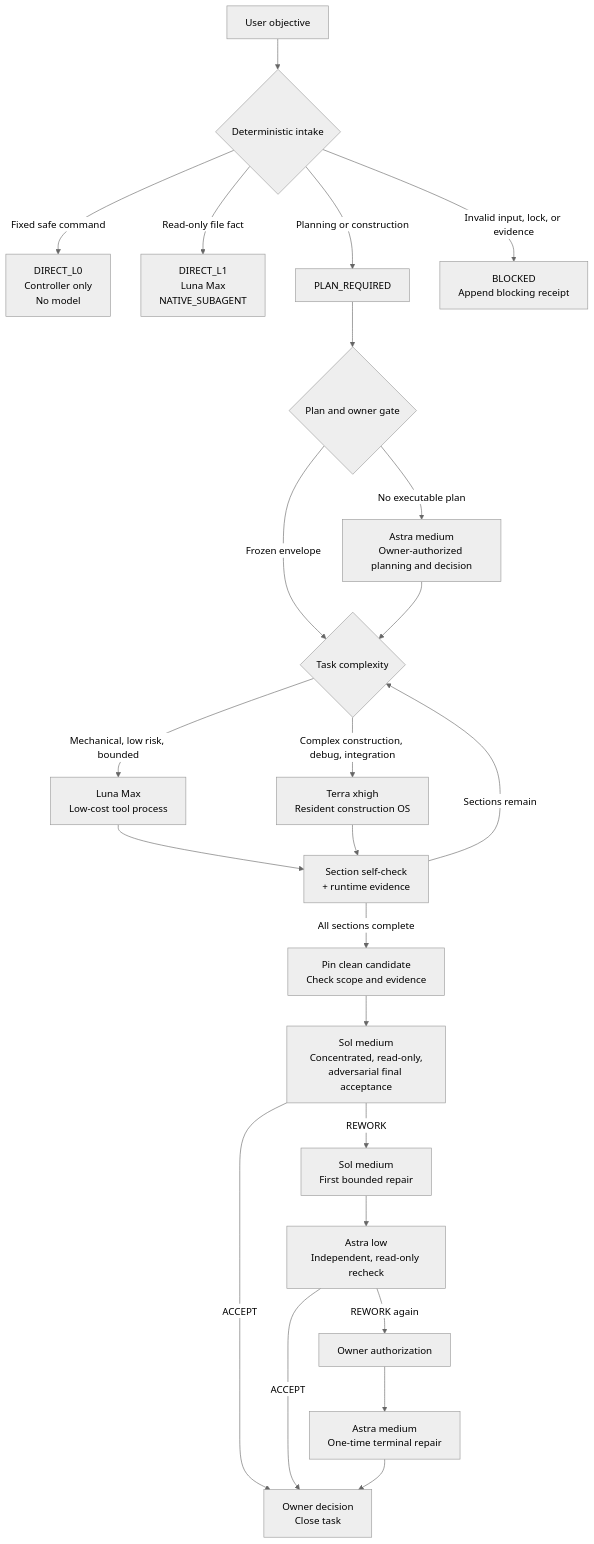
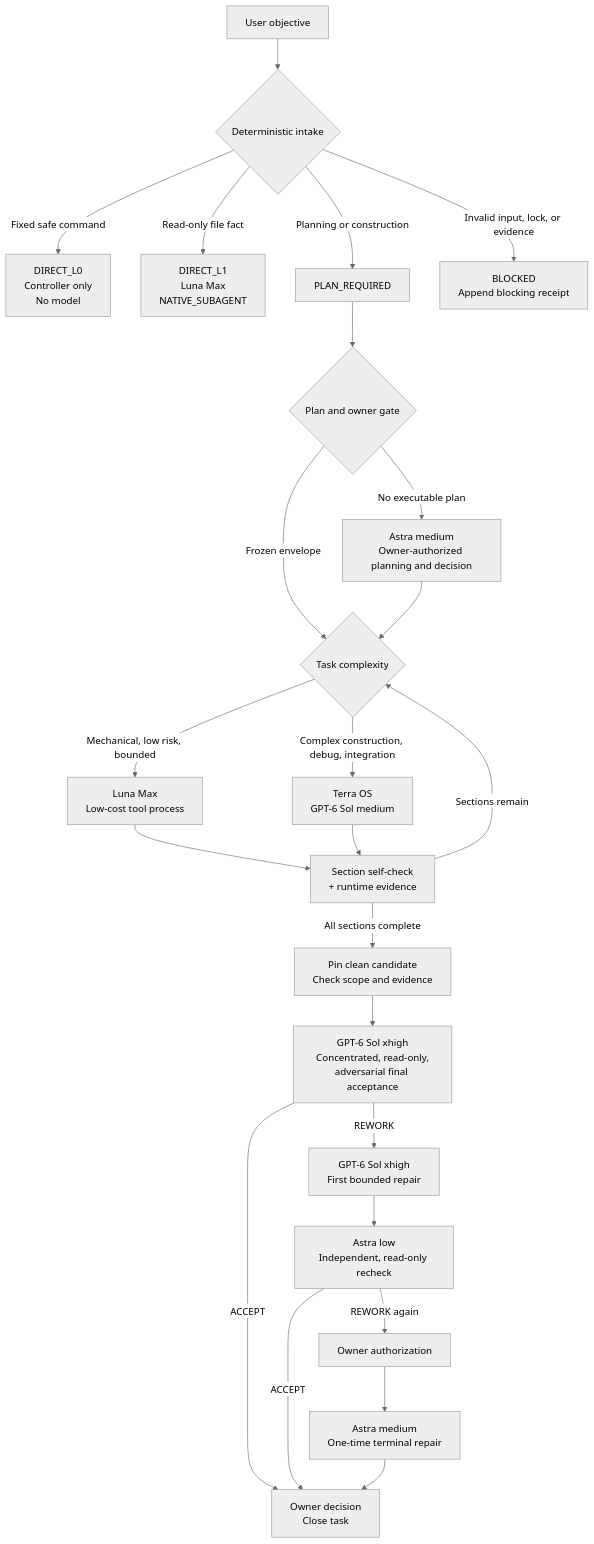
Before and after one commit to New2taste/codex-team: the diagram in README.en.md, drawn with Mermaid (neutral theme). The commit also changed other lines of this file and 39 other files, not shown here.

````diff
--- a/README.en.md
+++ b/README.en.md
@@ -42,27 +44,27 @@
 ```mermaid
 flowchart TD
     A[User objective] --> B{Deterministic intake}
     B -->|Fixed safe command| C[DIRECT_L0<br/>Controller only<br/>No model]
     B -->|Read-only file fact| D[DIRECT_L1<br/>Luna Max<br/>NATIVE_SUBAGENT]
     B -->|Planning or construction| E[PLAN_REQUIRED]
     B -->|Invalid input, lock, or evidence| X[BLOCKED<br/>Append blocking receipt]
 
     E --> F{Plan and owner gate}
     F -->|No executable plan| G[Astra medium<br/>Owner-authorized planning and decision]
     F -->|Frozen envelope| H{Task complexity}
     G --> H
     H -->|Mechanical, low risk, bounded| I[Luna Max<br/>Low-cost tool process]
-    H -->|Complex construction, debug, integration| J[Terra xhigh<br/>Resident construction OS]
+    H -->|Complex construction, debug, integration| J[Terra OS<br/>GPT-6 Sol medium]
     I --> K[Section self-check<br/>+ runtime evidence]
     J --> K
     K -->|Sections remain| H
     K -->|All sections complete| L[Pin clean candidate<br/>Check scope and evidence]
-    L --> M[Sol medium<br/>Concentrated, read-only,<br/>adversarial final acceptance]
+    L --> M[GPT-6 Sol xhigh<br/>Concentrated, read-only,<br/>adversarial final acceptance]
     M -->|ACCEPT| N[Owner decision<br/>Close task]
-    M -->|REWORK| O[Sol medium<br/>First bounded repair]
+    M -->|REWORK| O[GPT-6 Sol xhigh<br/>First bounded repair]
     O --> P[Astra low<br/>Independent, read-only recheck]
     P -->|ACCEPT| N
     P -->|REWORK again| Q[Owner authorization]
     Q --> R[Astra medium<br/>One-time terminal repair]
     R --> N
 ```
````
